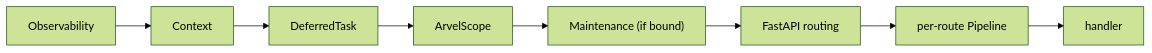
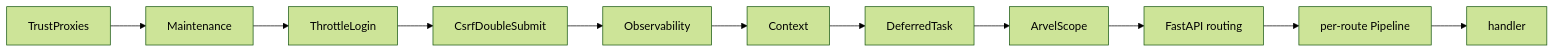
The second of 2 diagrams in docs/http/middleware.md (mohamed-rekiba/arvel), drawn with Mermaid (forest theme) before and after one commit. The commit also changed other lines of this file and 5 other files, not shown here.

````diff
--- a/docs/http/middleware.md
+++ b/docs/http/middleware.md
@@ -96,4 +102,4 @@
 ```mermaid
 flowchart LR
-    O["Observability"] --> C["Context"] --> D["DeferredTask"] --> S["ArvelScope"] --> M["Maintenance (if bound)"] --> R["FastAPI routing"] --> P["per-route Pipeline"] --> H["handler"]
+    T["TrustProxies"] --> M["Maintenance"] --> TL["ThrottleLogin"] --> CS["CsrfDoubleSubmit"] --> O["Observability"] --> C["Context"] --> D["DeferredTask"] --> S["ArvelScope"] --> R["FastAPI routing"] --> P["per-route Pipeline"] --> H["handler"]
 ```
````
